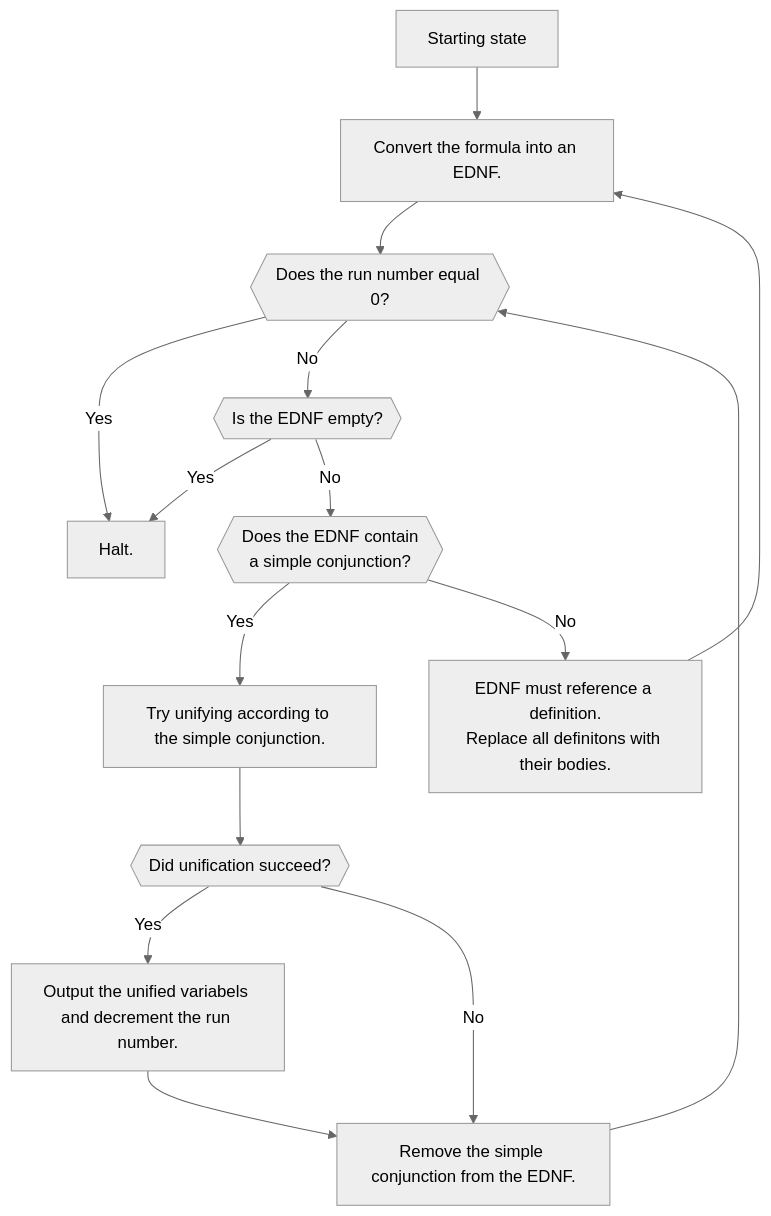
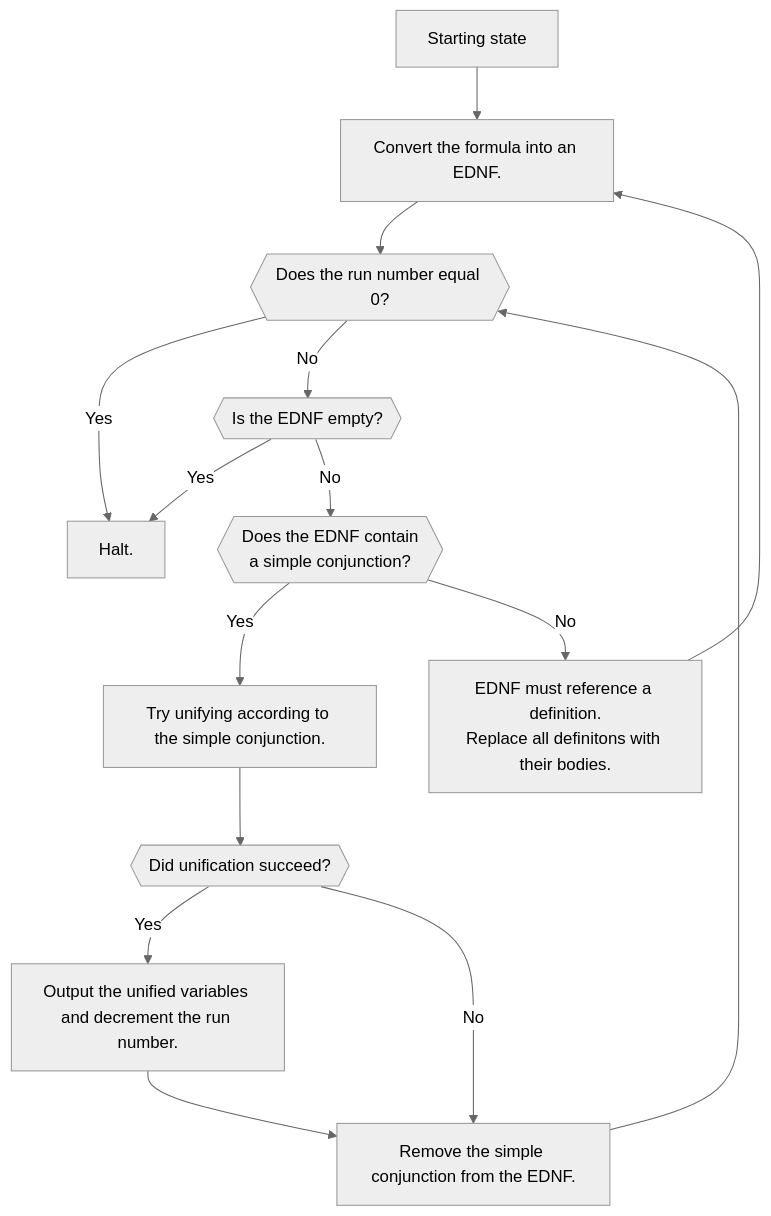
The diagram in first-order-minikanren/defrel-and-run/README.md (schreiberbrett/cool-relations), drawn with Mermaid (neutral theme) before and after one commit.

````diff
--- a/first-order-minikanren/defrel-and-run/README.md
+++ b/first-order-minikanren/defrel-and-run/README.md
@@ -43,38 +43,38 @@
 ```mermaid
 graph TD;
     starting_state["Starting state"];
     convert_to_ednf["Convert the formula into an EDNF."];
     try_unifying["Try unifying according to the simple conjunction."];
     remove_simple_conjunction["Remove the simple conjunction from the EDNF."];
-    output_unified["Output the unified variabels and decrement the run number."];
+    output_unified["Output the unified variables and decrement the run number."];
     halt["Halt."];
     references_definition["EDNF must reference a definition.\nReplace all definitons with their bodies."];
 
     run_equal_zero{{"Does the run number equal 0?"}};
     did_unification_succeed{{"Did unification succeed?"}};
     is_ednf_empty{{"Is the EDNF empty?"}};
     contains_a_simple_conjunction{{"Does the EDNF contain\na simple conjunction?"}};
     
     starting_state --> convert_to_ednf;
 
     try_unifying --> did_unification_succeed;
     
     did_unification_succeed -- "Yes" --> output_unified;
     did_unification_succeed -- "No" --> remove_simple_conjunction;
 
     output_unified --> remove_simple_conjunction;
 
     remove_simple_conjunction --> run_equal_zero;
     
     contains_a_simple_conjunction -- "Yes" --> try_unifying;
     
     is_ednf_empty -- "Yes" --> halt;
     is_ednf_empty -- "No" --> contains_a_simple_conjunction;
     contains_a_simple_conjunction -- "No" --> references_definition;
     
     references_definition --> convert_to_ednf;
     convert_to_ednf --> run_equal_zero;
     
     run_equal_zero -- "Yes" --> halt;
     run_equal_zero -- "No" --> is_ednf_empty;
 ```
````
